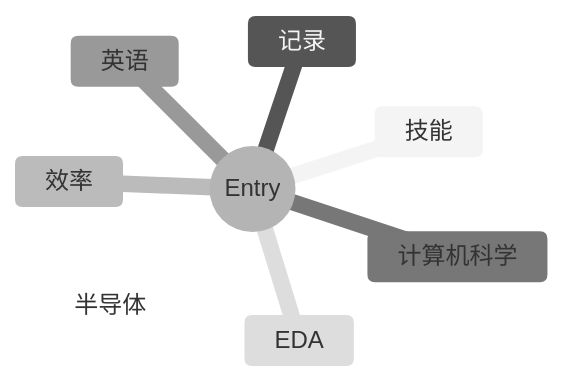
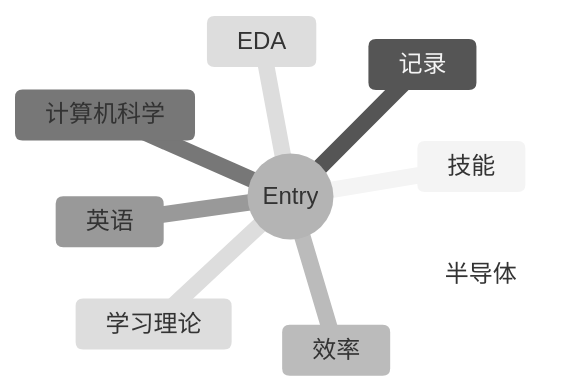
The diagram in notes/entry.md (superupon/knowledge_zh), drawn with Mermaid (neutral theme) before and after one commit. The commit also changed other lines of this file and 2 other files, not shown here.

Commit message:
[note] add new entry about learning principles

````diff
--- a/notes/entry.md
+++ b/notes/entry.md
@@ -13,11 +14,12 @@
 ```mermaid
 mindmap
 root((Entry))
   技能
   记录
   效率
   计算机科学
   英语
   EDA
   半导体
+  学习理论
 ```
````
